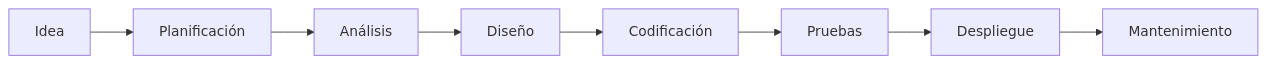
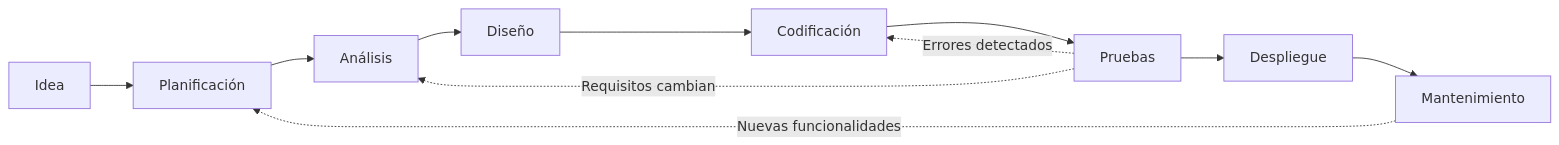
The diagram in 01-introduccion.md (joseluisgs/EntornosDesarrollo-01-2026-2027), drawn with Mermaid before and after one commit. The commit also changed other lines of this file and 9 other files, not shown here.

````diff
--- a/01-introduccion.md
+++ b/01-introduccion.md
@@ -35,10 +35,13 @@
 ```mermaid
 graph LR
     A[Idea] --> B[Planificación]
     B --> C[Análisis]
     C --> D[Diseño]
     D --> E[Codificación]
     E --> F[Pruebas]
     F --> G[Despliegue]
     G --> H[Mantenimiento]
+    F -.->|Errores detectados| E
+    F -.->|Requisitos cambian| C
+    H -.->|Nuevas funcionalidades| B
 ```
````
